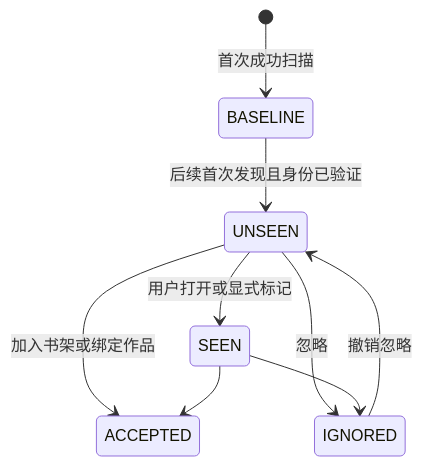
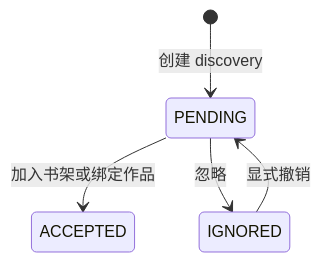
Before and after one commit to AltairCardinal/mihon-desktop: the fourth of 5 diagrams in docs/roadmap/2026-08-11-author-archive-discovery-corrective-roadmap.md, drawn with Mermaid. The commit also changed other lines of this file and 41 other files, not shown here.

````diff
--- a/docs/roadmap/2026-08-11-author-archive-discovery-corrective-roadmap.md
+++ b/docs/roadmap/2026-08-11-author-archive-discovery-corrective-roadmap.md
@@ -202,11 +244,7 @@
 ```mermaid
 stateDiagram-v2
-    [*] --> BASELINE: 首次成功扫描
-    BASELINE --> UNSEEN: 后续首次发现且身份已验证
-    UNSEEN --> SEEN: 用户打开或显式标记
-    UNSEEN --> ACCEPTED: 加入书架或绑定作品
-    UNSEEN --> IGNORED: 忽略
-    SEEN --> ACCEPTED
-    SEEN --> IGNORED
-    IGNORED --> UNSEEN: 撤销忽略
+    [*] --> PENDING: 创建 discovery
+    PENDING --> ACCEPTED: 加入书架或绑定作品
+    PENDING --> IGNORED: 忽略
+    IGNORED --> PENDING: 显式撤销
 ```
````
